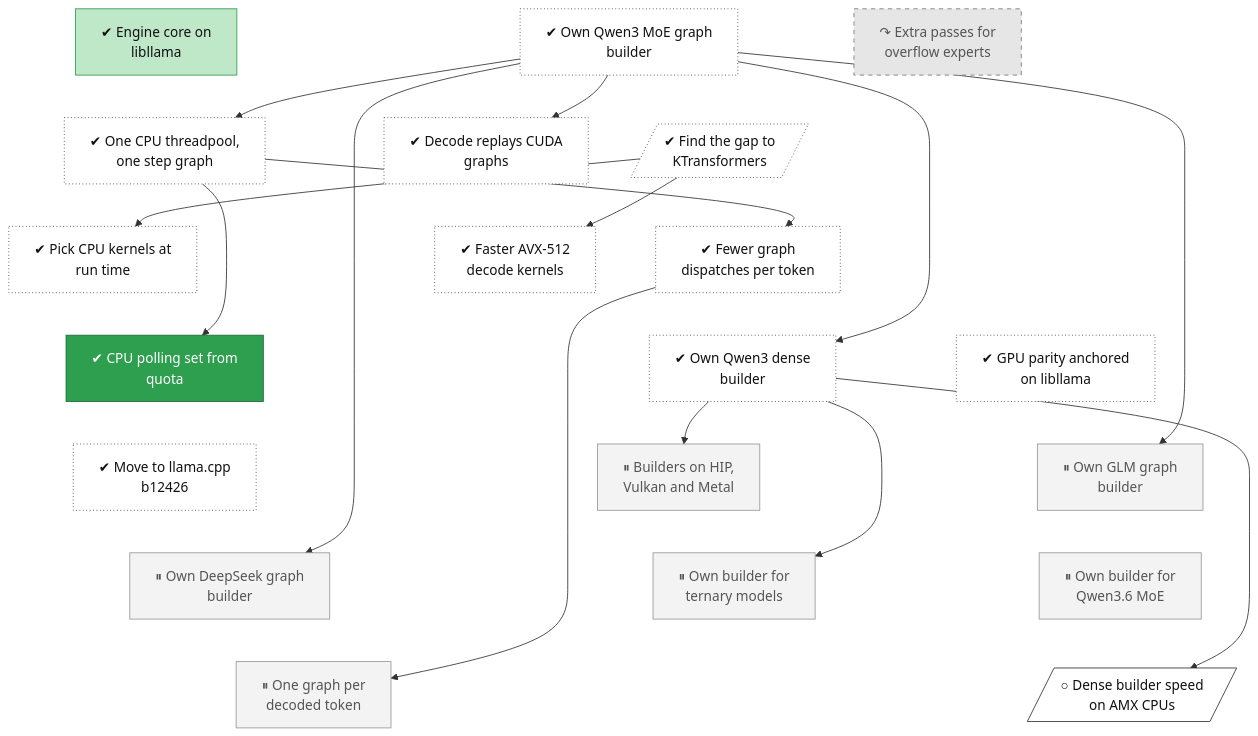
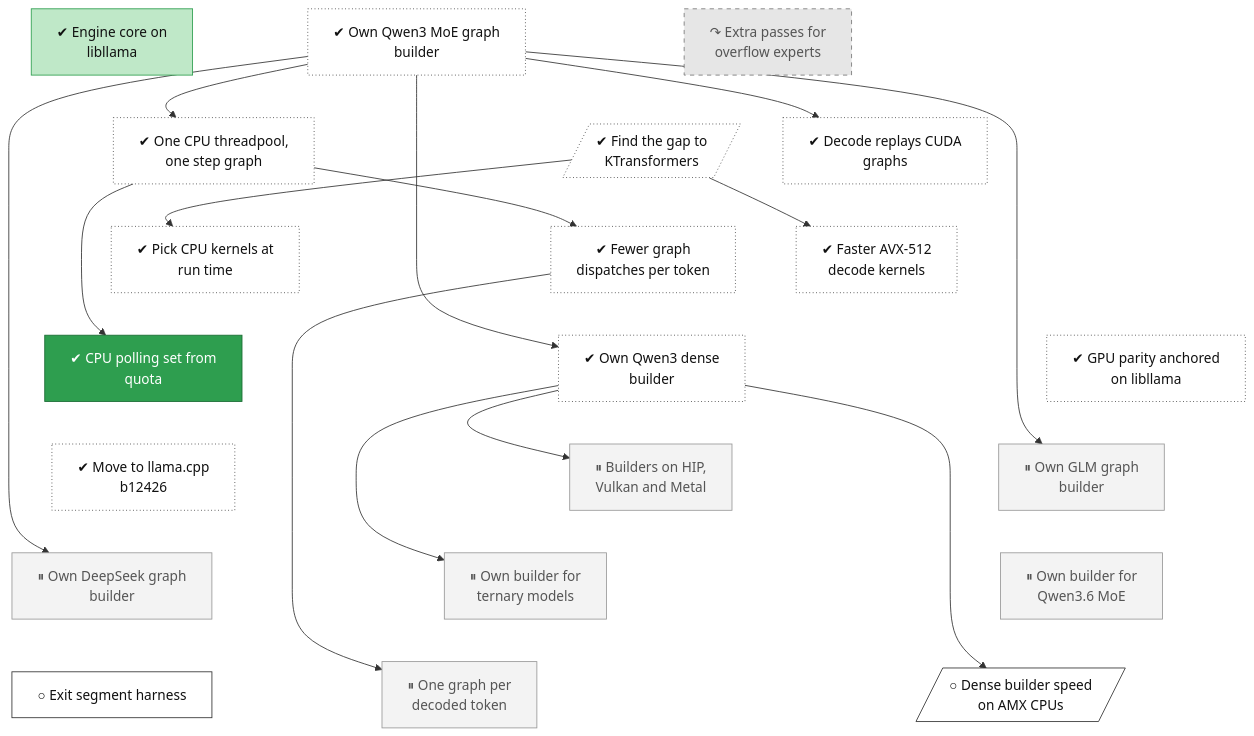
Before and after one commit to lhns/tetraeder: the diagram in docs/roadmap/tracks/engine.md, drawn with Mermaid. The commit also changed other lines of this file and 9 other files, not shown here.

Commit message:
Owner 2026-11-24: the exit prompt's routing trace may price the judged prediction (ADR 0091 answer 6); tree nodes from the prediction diagnosis (node-predict check, RAM tier complement, exit segment harness, cost model 6, one-segment confirmation gating the rehearsal) (not measured)

````diff
--- a/docs/roadmap/tracks/engine.md
+++ b/docs/roadmap/tracks/engine.md
@@ -10,74 +10,75 @@
 ```mermaid
 flowchart TB
     engine_libllama["✔ Engine core on<br/>libllama"]
     engine_moe_builder["✔ Own Qwen3 MoE graph<br/>builder"]
     engine_overflow_passes["↷ Extra passes for<br/>overflow experts"]
     engine_cpu_threadpool["✔ One CPU threadpool,<br/>one step graph"]
     engine_cuda_graphs["✔ Decode replays CUDA<br/>graphs"]
     engine_kt_gap[/"✔ Find the gap to<br/>KTransformers"/]
     engine_isa_dispatch["✔ Pick CPU kernels at<br/>run time"]
     engine_iqk_kernels["✔ Faster AVX-512<br/>decode kernels"]
     engine_decode_dispatch["✔ Fewer graph<br/>dispatches per token"]
     engine_cpu_poll["✔ CPU polling set from<br/>quota"]
     engine_dense_builder["✔ Own Qwen3 dense<br/>builder"]
     engine_gpu_tolerance["✔ GPU parity anchored<br/>on libllama"]
     engine_pin_b12426["✔ Move to llama.cpp<br/>b12426"]
     engine_backend_parity["⏸ Builders on HIP,<br/>Vulkan and Metal"]
     engine_glm_builder["⏸ Own GLM graph<br/>builder"]
     engine_deepseek_builder["⏸ Own DeepSeek graph<br/>builder"]
     engine_bitnet_builder["⏸ Own builder for<br/>ternary models"]
     engine_qwen35moe_builder["⏸ Own builder for<br/>Qwen3.6 MoE"]
+    engine_exit_segment_harness["○ Exit segment harness"]
     engine_one_graph_per_token["⏸ One graph per<br/>decoded token"]
     engine_dense_amx[/"○ Dense builder speed<br/>on AMX CPUs"/]
     engine_libllama ~~~ engine_cpu_threadpool
     engine_moe_builder ~~~ engine_cuda_graphs
     engine_overflow_passes ~~~ engine_kt_gap
     engine_cpu_threadpool ~~~ engine_isa_dispatch
     engine_cuda_graphs ~~~ engine_iqk_kernels
     engine_kt_gap ~~~ engine_decode_dispatch
     engine_isa_dispatch ~~~ engine_cpu_poll
     engine_iqk_kernels ~~~ engine_dense_builder
     engine_decode_dispatch ~~~ engine_gpu_tolerance
     engine_cpu_poll ~~~ engine_pin_b12426
     engine_dense_builder ~~~ engine_backend_parity
     engine_gpu_tolerance ~~~ engine_glm_builder
     engine_pin_b12426 ~~~ engine_deepseek_builder
     engine_backend_parity ~~~ engine_bitnet_builder
     engine_glm_builder ~~~ engine_qwen35moe_builder
-    engine_deepseek_builder ~~~ engine_one_graph_per_token
-    engine_bitnet_builder ~~~ engine_dense_amx
+    engine_deepseek_builder ~~~ engine_exit_segment_harness
+    engine_bitnet_builder ~~~ engine_one_graph_per_token
     engine_qwen35moe_builder ~~~ engine_dense_amx
     engine_moe_builder --> engine_cpu_threadpool
     engine_moe_builder --> engine_cuda_graphs
     engine_kt_gap --> engine_isa_dispatch
     engine_kt_gap --> engine_iqk_kernels
     engine_cpu_threadpool --> engine_decode_dispatch
     engine_cpu_threadpool --> engine_cpu_poll
     engine_moe_builder --> engine_dense_builder
     engine_dense_builder --> engine_backend_parity
     engine_moe_builder --> engine_glm_builder
     engine_moe_builder --> engine_deepseek_builder
     engine_dense_builder --> engine_bitnet_builder
     engine_decode_dispatch --> engine_one_graph_per_token
     engine_dense_builder --> engine_dense_amx
     classDef vsucc fill:#2e9e4f,stroke:#1b6b34,color:#fff
     classDef succ fill:#bfe8c8,stroke:#2e9e4f,color:#111
     classDef mixed fill:#ffd37a,stroke:#c98a00,color:#111
     classDef bad fill:#f28b82,stroke:#b3261e,color:#111
     classDef dead fill:#e6e6e6,stroke:#777,stroke-dasharray:5 5,color:#555
     classDef inprog fill:#a8cdf5,stroke:#1f6fc5,color:#111
     classDef next fill:#fff,stroke:#333,color:#111
     classDef blocked fill:#fff,stroke:#b3261e,stroke-dasharray:2 2,color:#111
     classDef parked fill:#f3f3f3,stroke:#999,color:#555
     classDef unrated fill:#fff,stroke:#333,stroke-dasharray:1 3,color:#111
     classDef gate fill:#d9c2f0,stroke:#7b3fb5,color:#111
     classDef decided fill:#ece0f7,stroke:#7b3fb5,stroke-dasharray:2 2,color:#111
     classDef finding fill:#ffe0b2,stroke:#d84315,stroke-width:2px,color:#111
     classDef waiting fill:#e3f2fd,stroke:#1f6fc5,stroke-dasharray:5 5,color:#111
     class engine_libllama succ
     class engine_moe_builder,engine_cpu_threadpool,engine_cuda_graphs,engine_kt_gap,engine_isa_dispatch,engine_iqk_kernels,engine_decode_dispatch,engine_dense_builder,engine_gpu_tolerance,engine_pin_b12426 unrated
     class engine_overflow_passes dead
     class engine_cpu_poll vsucc
     class engine_backend_parity,engine_glm_builder,engine_deepseek_builder,engine_bitnet_builder,engine_qwen35moe_builder,engine_one_graph_per_token parked
-    class engine_dense_amx next
+    class engine_exit_segment_harness,engine_dense_amx next
 ```
````
